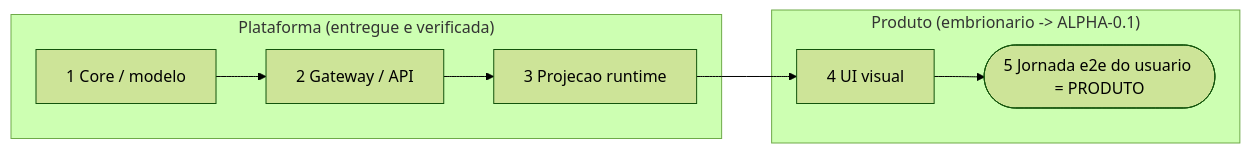
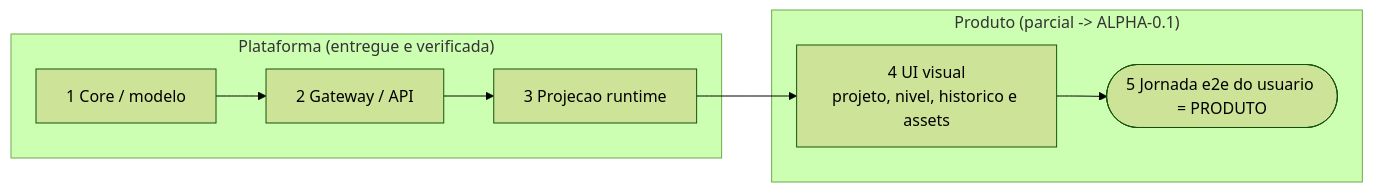
One commit to flaviotinococoutinho/Gridsmith changed the second of 4 diagrams in docs/PRODUCT.md. Above: the diagram before and after it, drawn with Mermaid (forest theme). The commit also changed other lines of this file and 61 other files, not shown here.

Commit message:
feat(assets): deliver visual Aseprite pipeline

````diff
--- a/docs/PRODUCT.md
+++ b/docs/PRODUCT.md
@@ -69,13 +71,13 @@
 ```mermaid
 graph LR
   subgraph PLAT["Plataforma (entregue e verificada)"]
     d1["1 Core / modelo"]
     d2["2 Gateway / API"]
     d3["3 Projecao runtime"]
   end
-  subgraph PROD["Produto (embrionario -> ALPHA-0.1)"]
-    d4["4 UI visual"]
+  subgraph PROD["Produto (parcial -> ALPHA-0.1)"]
+    d4["4 UI visual<br/>projeto, nivel, historico e assets"]
     d5(["5 Jornada e2e do usuario = PRODUTO"])
   end
   d1 --> d2 --> d3 --> d4 --> d5
 ```
````
